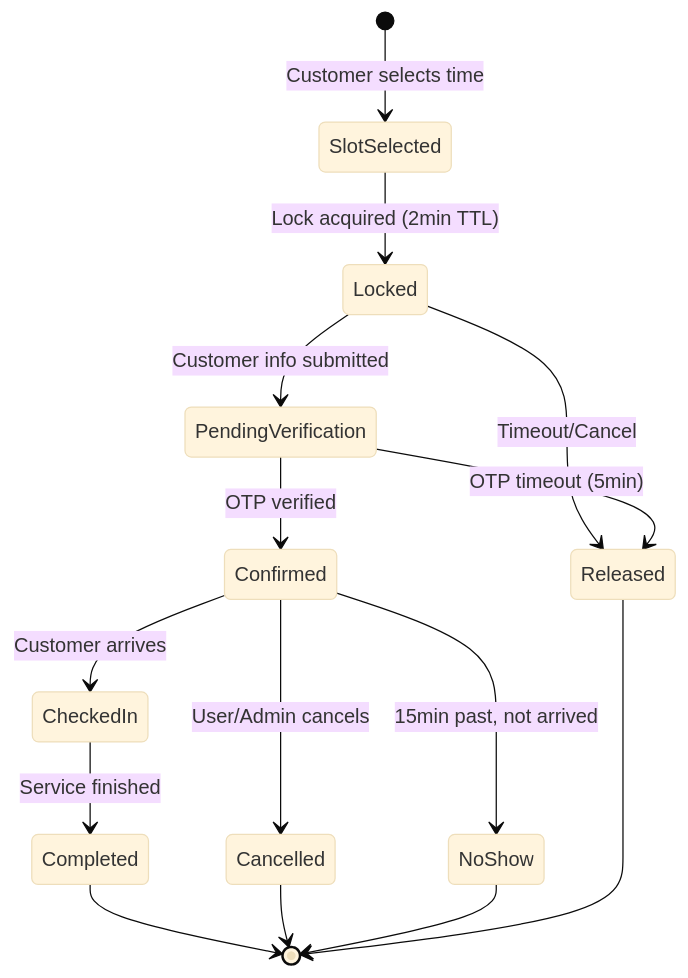
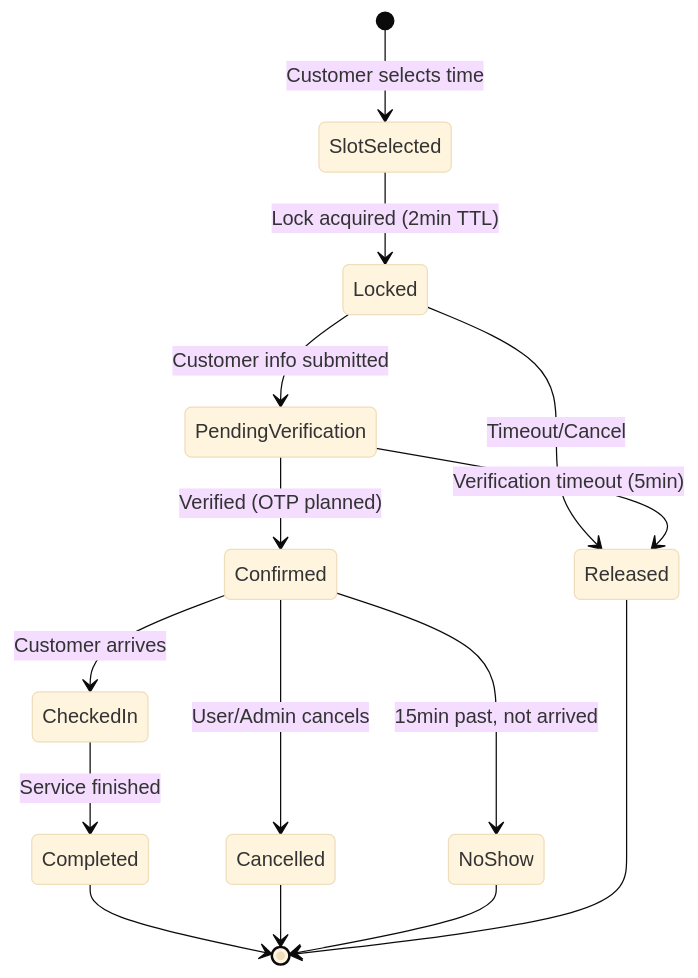
One commit to UnderprotectionDev/salon-management-saas changed the first of 3 diagrams in docs/prd/03-features/core-booking.md. Above: the diagram before and after it, drawn with Mermaid (base theme). The commit also changed other lines of this file and 57 other files, not shown here.

````diff
--- a/docs/prd/03-features/core-booking.md
+++ b/docs/prd/03-features/core-booking.md
@@ -26,17 +26,17 @@
 ```mermaid
 stateDiagram-v2
     [*] --> SlotSelected: Customer selects time
     SlotSelected --> Locked: Lock acquired (2min TTL)
     Locked --> Released: Timeout/Cancel
     Locked --> PendingVerification: Customer info submitted
-    PendingVerification --> Confirmed: OTP verified
-    PendingVerification --> Released: OTP timeout (5min)
+    PendingVerification --> Confirmed: Verified (OTP planned)
+    PendingVerification --> Released: Verification timeout (5min)
     Confirmed --> CheckedIn: Customer arrives
     Confirmed --> Cancelled: User/Admin cancels
     Confirmed --> NoShow: 15min past, not arrived
     CheckedIn --> Completed: Service finished
     Completed --> [*]
     Cancelled --> [*]
     NoShow --> [*]
     Released --> [*]
 ```
````
